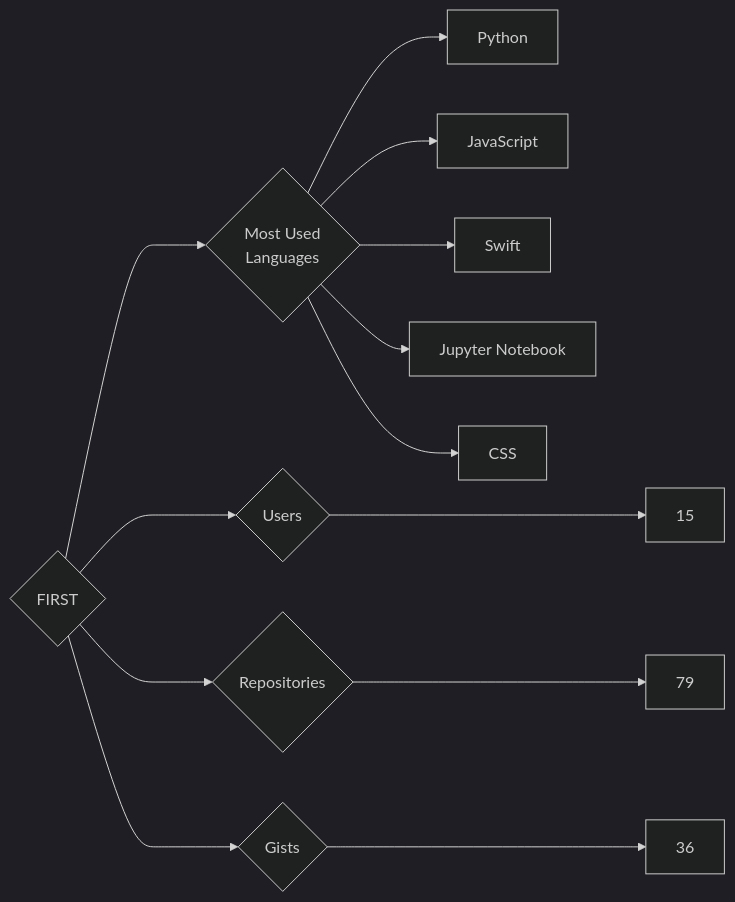
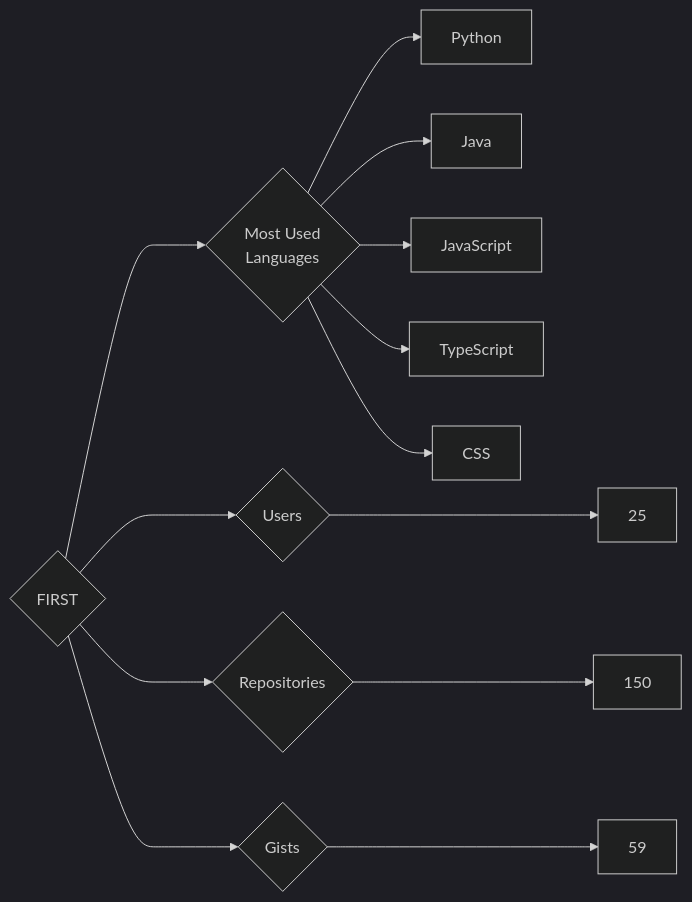
The diagram in targets/FIRST/README.md (trickest/insiders), drawn with Mermaid (dark theme) before and after one commit. The commit also changed 872 other files, not shown here.

````diff
--- a/targets/FIRST/README.md
+++ b/targets/FIRST/README.md
@@ -3,13 +3,13 @@
 ```mermaid
 graph LR
 COMPANY_NAME{FIRST}
-COMPANY_NAME ---> U{Users} ---> UN[15]
-COMPANY_NAME ---> R{Repositories} ---> RN[79]
-COMPANY_NAME ---> G{Gists} ---> GN[36]
+COMPANY_NAME ---> U{Users} ---> UN[25]
+COMPANY_NAME ---> R{Repositories} ---> RN[150]
+COMPANY_NAME ---> G{Gists} ---> GN[59]
 COMPANY_NAME ---> ML{Most Used<br>Languages}
 ML --> Python[Python]
+ML --> Java[Java]
 ML --> JavaScript[JavaScript]
-ML --> Swift[Swift]
-ML --> Jupyter_Notebook[Jupyter Notebook]
+ML --> TypeScript[TypeScript]
 ML --> CSS[CSS]
 ```
````
